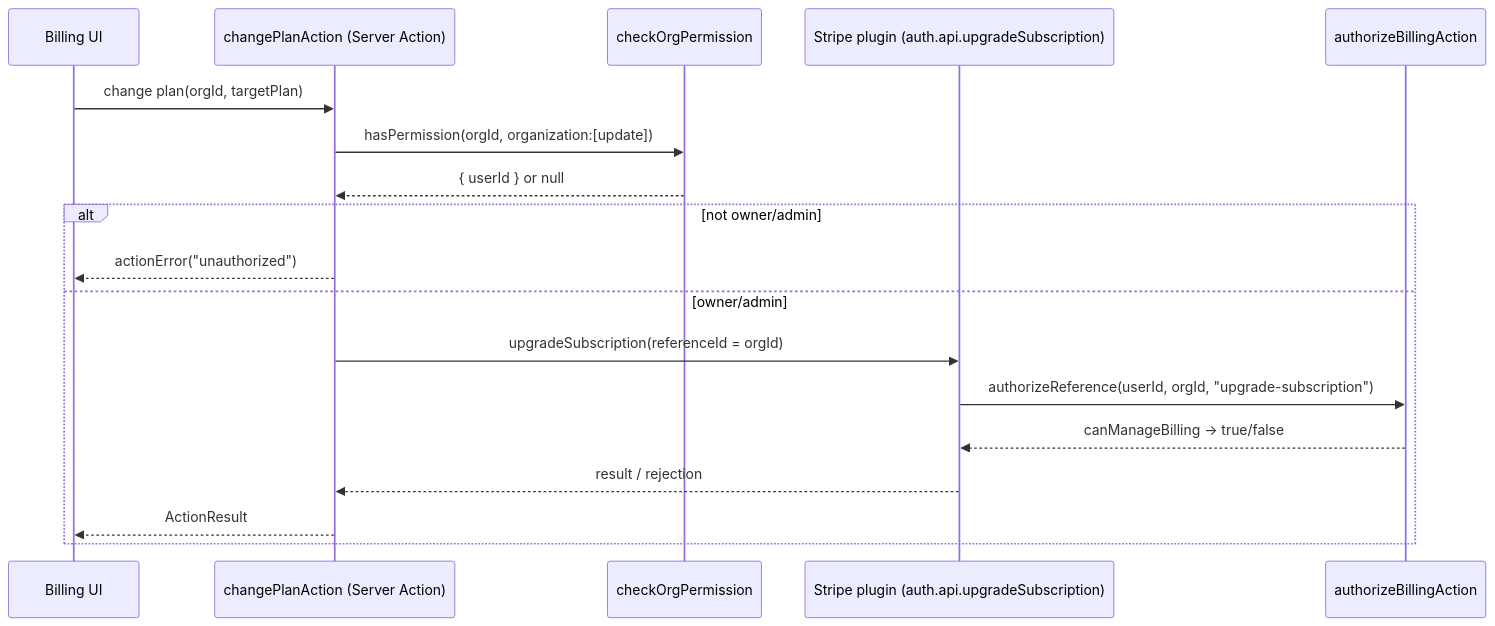
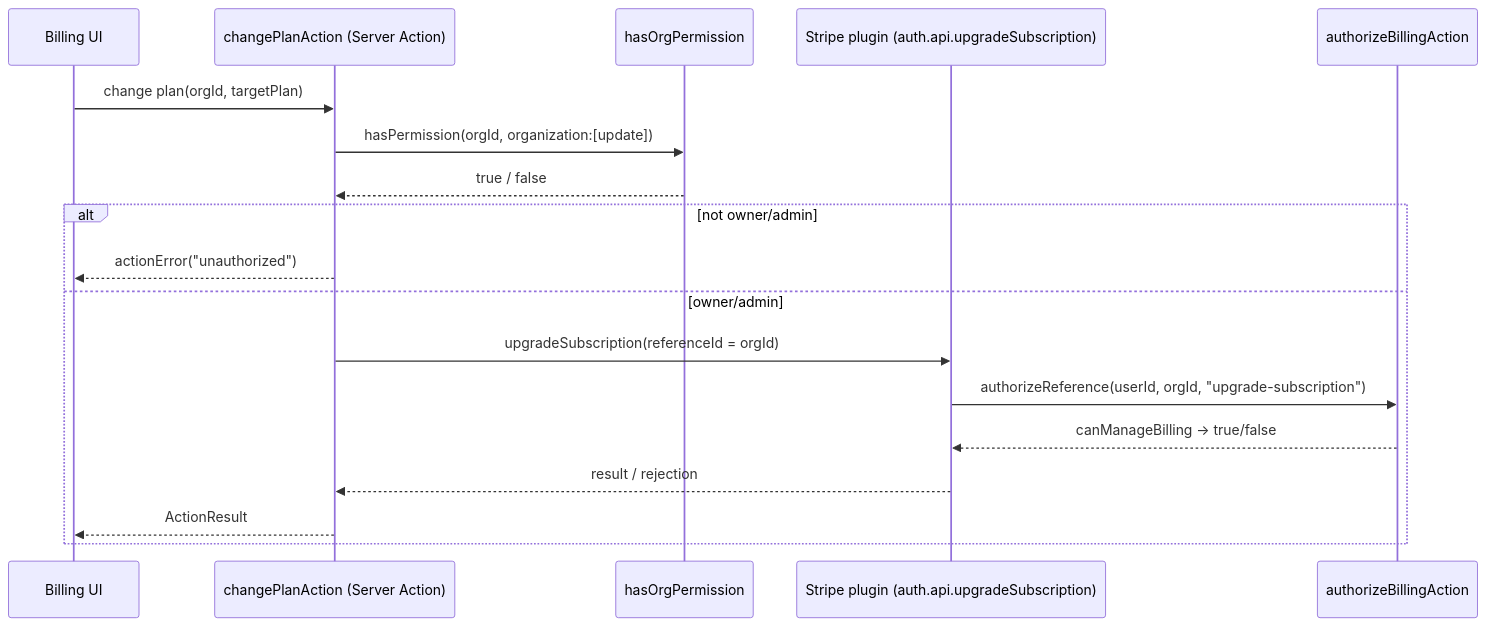
The second of 2 diagrams in apps/docs/content/docs/payment/billing-authorization.mdx (saasprokit-com/saasprokit), drawn with Mermaid before and after one commit. The commit also changed other lines of this file and 78 other files, not shown here.

````diff
--- a/apps/docs/content/docs/payment/billing-authorization.mdx
+++ b/apps/docs/content/docs/payment/billing-authorization.mdx
@@ -116,21 +116,21 @@
 ```mermaid
 sequenceDiagram
     participant C as Billing UI
     participant SA as changePlanAction (Server Action)
-    participant CP as checkOrgPermission
+    participant CP as hasOrgPermission
     participant P as Stripe plugin (auth.api.upgradeSubscription)
     participant AZ as authorizeBillingAction
 
     C->>SA: change plan(orgId, targetPlan)
     SA->>CP: hasPermission(orgId, organization:[update])
-    CP-->>SA: { userId } or null
+    CP-->>SA: true / false
     alt not owner/admin
         SA-->>C: actionError("unauthorized")
     else owner/admin
         SA->>P: upgradeSubscription(referenceId = orgId)
         P->>AZ: authorizeReference(userId, orgId, "upgrade-subscription")
         AZ-->>P: canManageBilling -> true/false
         P-->>SA: result / rejection
         SA-->>C: ActionResult
     end
 ```
````
